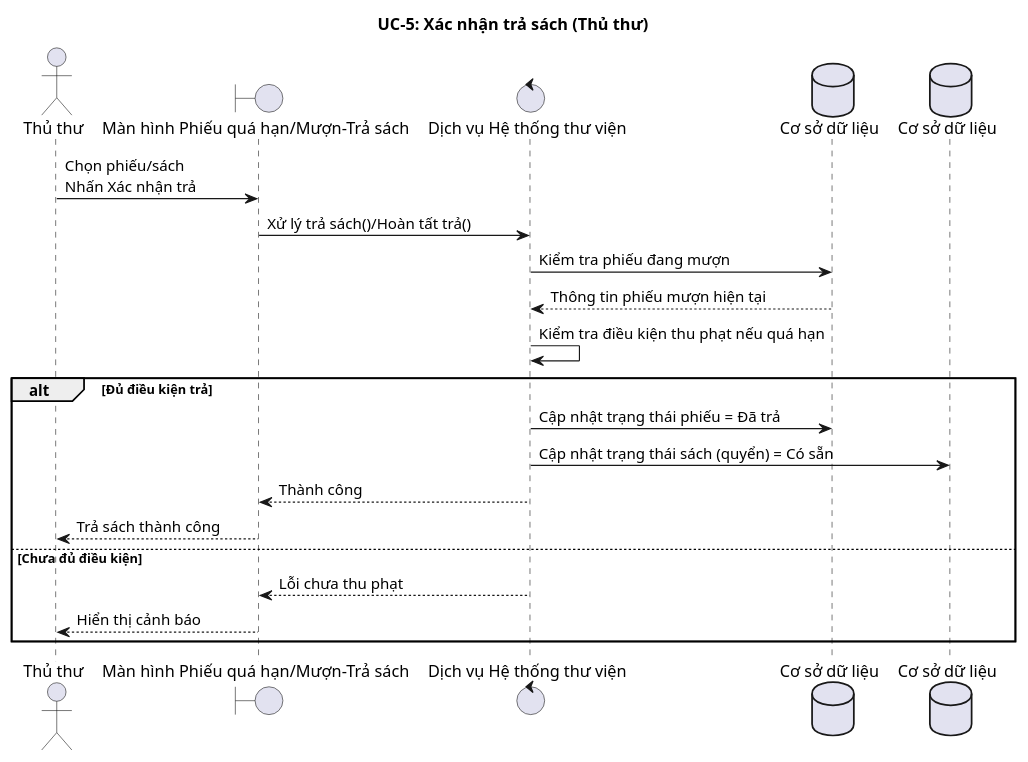
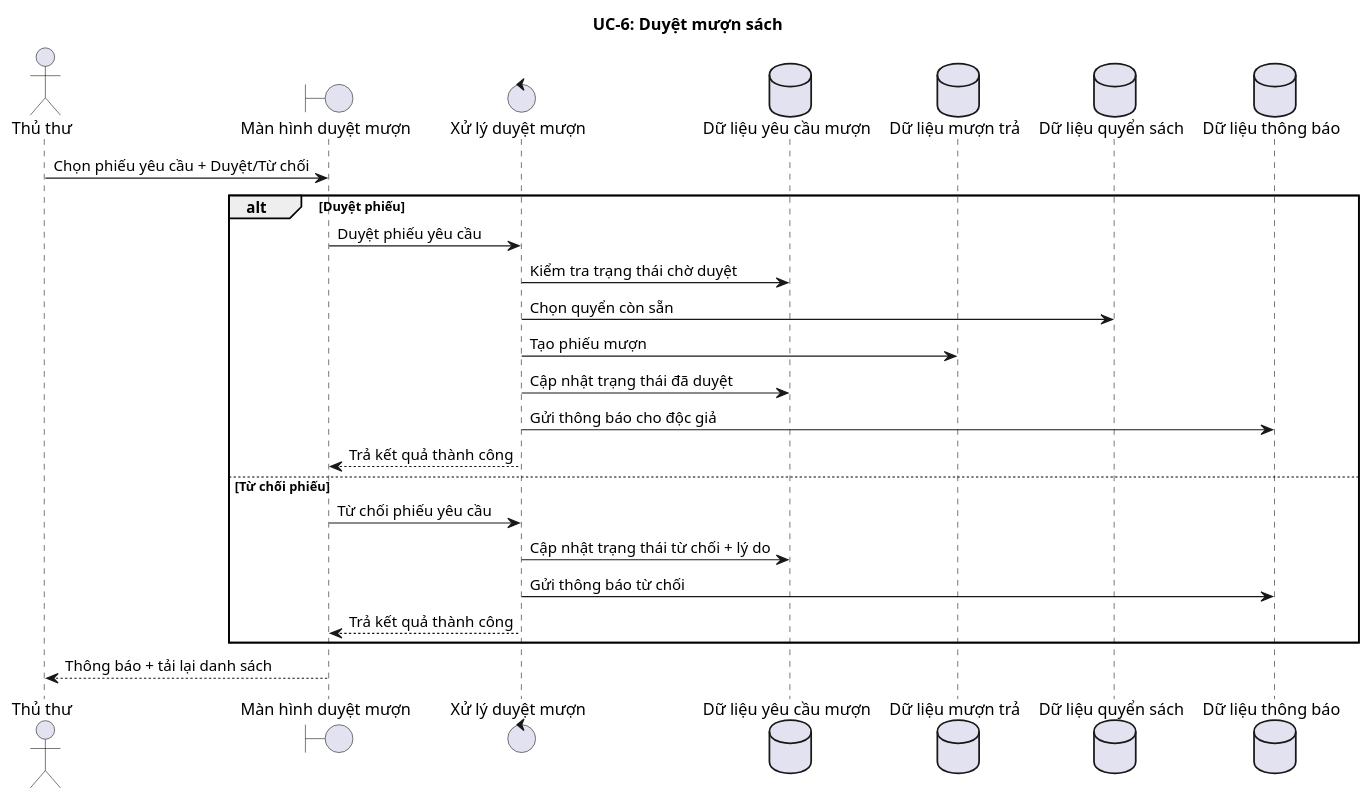
The sixth of 14 diagrams in docs/SEQUENCE_UC_DA_LAM.md (TienDungwork/Nhom3_PTTK-HTTT), drawn with PlantUML before and after one commit. The commit also changed other lines of this file and 22 other files, not shown here.

````diff
--- a/docs/SEQUENCE_UC_DA_LAM.md
+++ b/docs/SEQUENCE_UC_DA_LAM.md
@@ -127,27 +160,32 @@
 ```puml
 @startuml
-title UC-5: Xác nhận trả sách (Thủ thư)
+title UC-6: Duyệt mượn sách
 
 actor ThuThu as "Thủ thư"
-boundary ReturnUI as "Màn hình Phiếu quá hạn/Mượn-Trả sách"
-control ReturnService as "Dịch vụ Hệ thống thư viện"
-database BorrowDB as "Cơ sở dữ liệu"
-database BookCopyDB as "Cơ sở dữ liệu"
+boundary ManHinhDuyetMuon as "Màn hình duyệt mượn"
+control XuLyDuyetMuon as "Xử lý duyệt mượn"
+database DuLieuYeuCau as "Dữ liệu yêu cầu mượn"
+database DuLieuMuonTra as "Dữ liệu mượn trả"
+database DuLieuQuyenSach as "Dữ liệu quyển sách"
+database DuLieuThongBao as "Dữ liệu thông báo"
 
-ThuThu -> ReturnUI: Chọn phiếu/sách\nNhấn Xác nhận trả
-ReturnUI -> ReturnService: Xử lý trả sách()/Hoàn tất trả()
-ReturnService -> BorrowDB: Kiểm tra phiếu đang mượn
-BorrowDB --> ReturnService: Thông tin phiếu mượn hiện tại
-ReturnService -> ReturnService: Kiểm tra điều kiện thu phạt nếu quá hạn
+ThuThu -> ManHinhDuyetMuon: Chọn phiếu yêu cầu + Duyệt/Từ chối
 
-alt Đủ điều kiện trả
-  ReturnService -> BorrowDB: Cập nhật trạng thái phiếu = Đã trả
-  ReturnService -> BookCopyDB: Cập nhật trạng thái sách (quyển) = Có sẵn
-  ReturnService --> ReturnUI: Thành công
-  ReturnUI --> ThuThu: Trả sách thành công
-else Chưa đủ điều kiện
-  ReturnService --> ReturnUI: Lỗi chưa thu phạt
-  ReturnUI --> ThuThu: Hiển thị cảnh báo
+alt Duyệt phiếu
+  ManHinhDuyetMuon -> XuLyDuyetMuon: Duyệt phiếu yêu cầu
+  XuLyDuyetMuon -> DuLieuYeuCau: Kiểm tra trạng thái chờ duyệt
+  XuLyDuyetMuon -> DuLieuQuyenSach: Chọn quyển còn sẵn
+  XuLyDuyetMuon -> DuLieuMuonTra: Tạo phiếu mượn
+  XuLyDuyetMuon -> DuLieuYeuCau: Cập nhật trạng thái đã duyệt
+  XuLyDuyetMuon -> DuLieuThongBao: Gửi thông báo cho độc giả
+  XuLyDuyetMuon --> ManHinhDuyetMuon: Trả kết quả thành công
+else Từ chối phiếu
+  ManHinhDuyetMuon -> XuLyDuyetMuon: Từ chối phiếu yêu cầu
+  XuLyDuyetMuon -> DuLieuYeuCau: Cập nhật trạng thái từ chối + lý do
+  XuLyDuyetMuon -> DuLieuThongBao: Gửi thông báo từ chối
+  XuLyDuyetMuon --> ManHinhDuyetMuon: Trả kết quả thành công
 end
+
+ManHinhDuyetMuon --> ThuThu: Thông báo + tải lại danh sách
 @enduml
 ```
````
